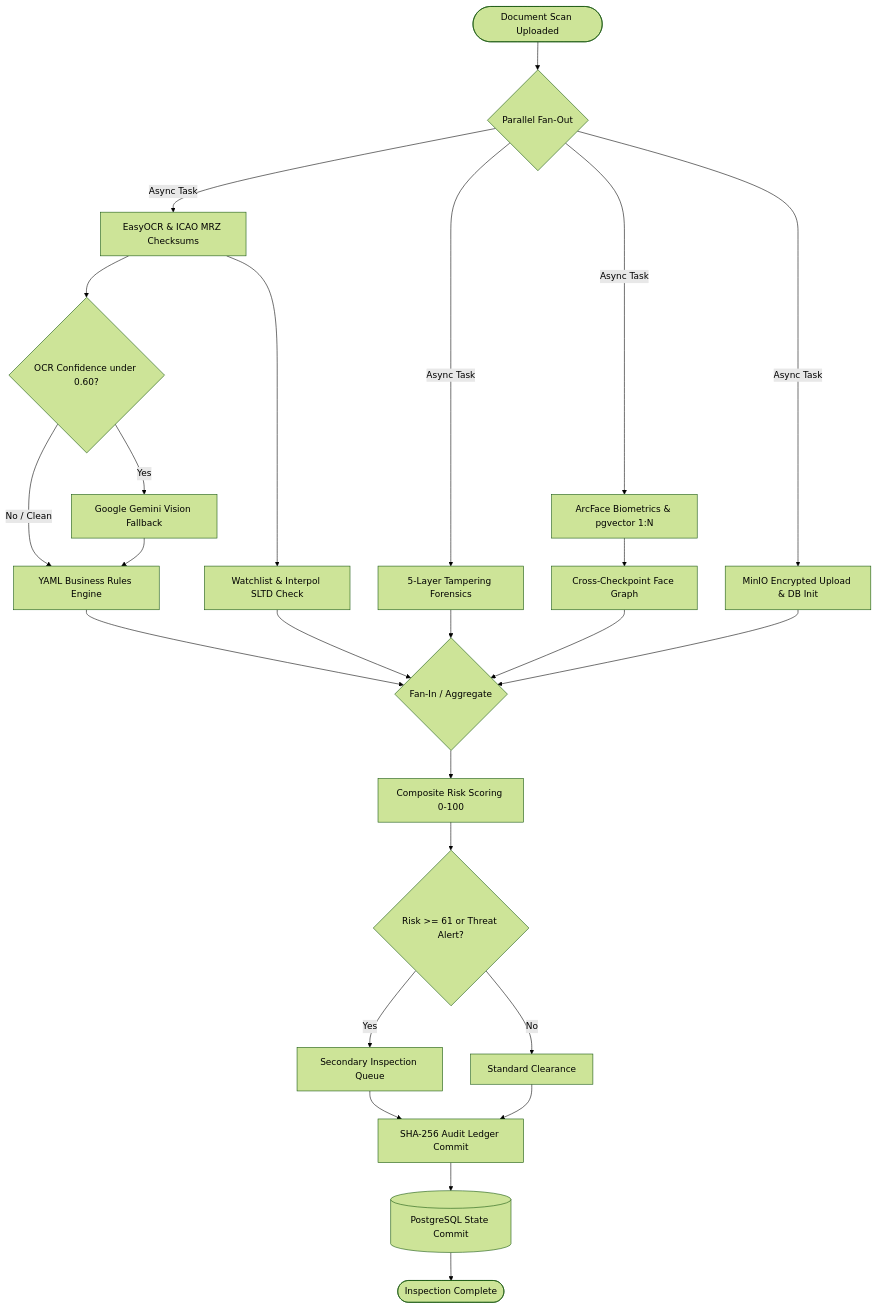
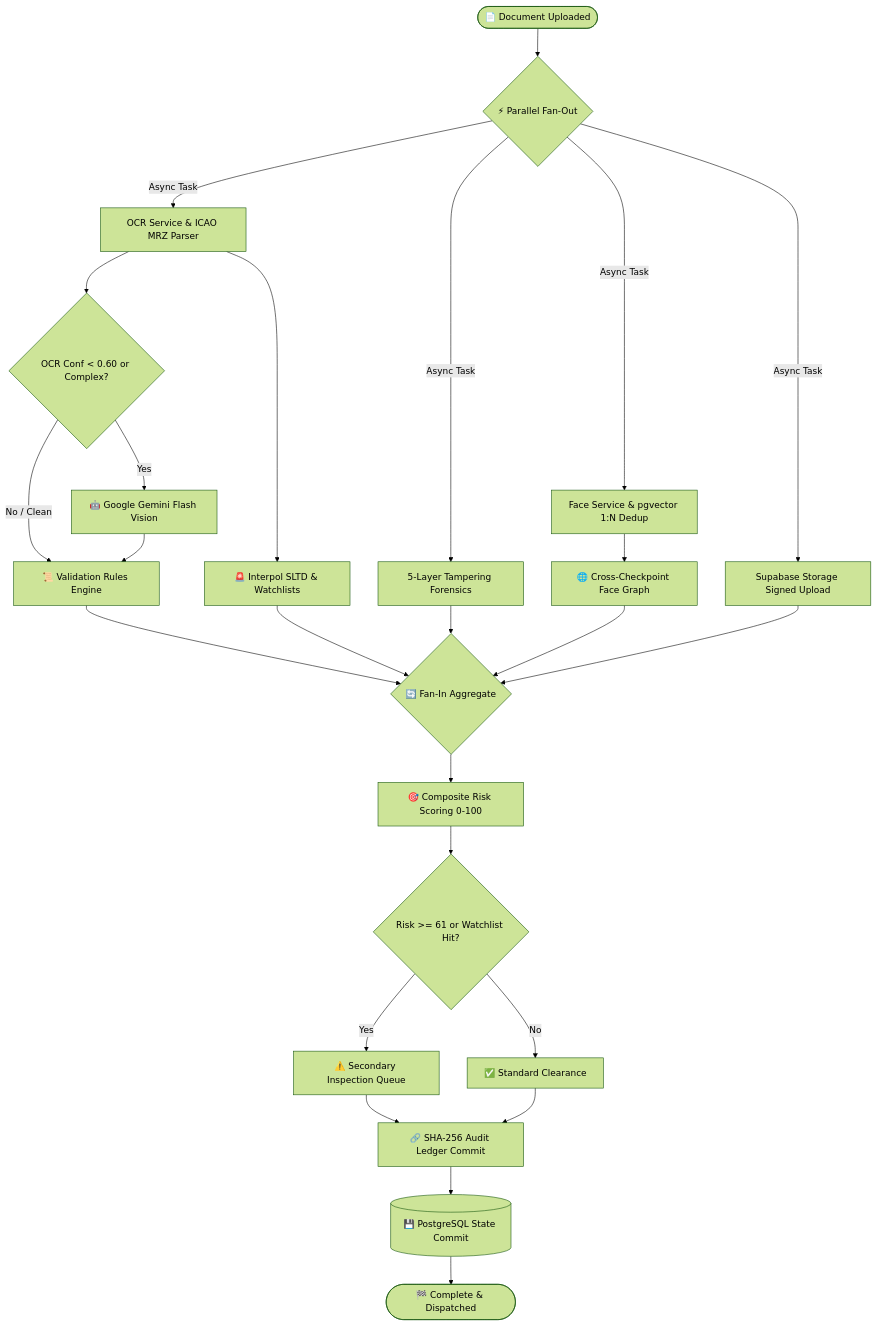
The diagram in readme.md (Rishu7011/TriPort), drawn with Mermaid (forest theme) before and after one commit. The commit also changed other lines of this file, not shown here.

````diff
--- a/readme.md
+++ b/readme.md
@@ -229,34 +174,34 @@
 ```mermaid
 graph TD
-    START([Document Scan Uploaded]) --> FANOUT{Parallel Fan-Out}
+    START([📄 Document Uploaded]) --> FANOUT{⚡ Parallel Fan-Out}
 
-    FANOUT -->|Async Task| MINIO[MinIO Encrypted Upload & DB Init]
-    FANOUT -->|Async Task| OCR[EasyOCR & ICAO MRZ Checksums]
+    FANOUT -->|Async Task| S3[Supabase Storage Signed Upload]
+    FANOUT -->|Async Task| OCR[OCR Service & ICAO MRZ Parser]
     FANOUT -->|Async Task| TAMP[5-Layer Tampering Forensics]
-    FANOUT -->|Async Task| FACE[ArcFace Biometrics & pgvector 1:N]
+    FANOUT -->|Async Task| FACE[Face Service & pgvector 1:N Dedup]
 
-    OCR --> COND_OCR{"OCR Confidence under 0.60?"}
-    COND_OCR -->|Yes| LLM[Google Gemini Vision Fallback]
-    COND_OCR -->|No / Clean| VAL[YAML Business Rules Engine]
+    OCR --> COND_OCR{"OCR Conf < 0.60 or Complex?"}
+    COND_OCR -->|Yes| LLM[🤖 Google Gemini Flash Vision]
+    COND_OCR -->|No / Clean| VAL[📜 Validation Rules Engine]
     LLM --> VAL
 
-    OCR --> BL[Watchlist & Interpol SLTD Check]
-    FACE --> CC[Cross-Checkpoint Face Graph]
+    OCR --> BL[🚨 Interpol SLTD & Watchlists]
+    FACE --> CC[🌐 Cross-Checkpoint Face Graph]
 
-    VAL --> FANIN{Fan-In / Aggregate}
+    VAL --> FANIN{🔄 Fan-In Aggregate}
     BL --> FANIN
     TAMP --> FANIN
     CC --> FANIN
-    MINIO --> FANIN
+    S3 --> FANIN
 
-    FANIN --> RISK[Composite Risk Scoring 0-100]
+    FANIN --> RISK[🎯 Composite Risk Scoring 0-100]
 
-    RISK --> COND_THREAT{"Risk >= 61 or Threat Alert?"}
-    COND_THREAT -->|Yes| SECONDARY[Secondary Inspection Queue]
-    COND_THREAT -->|No| CLEAR[Standard Clearance]
+    RISK --> COND_THREAT{"Risk >= 61 or Watchlist Hit?"}
+    COND_THREAT -->|Yes| SECONDARY[⚠️ Secondary Inspection Queue]
+    COND_THREAT -->|No| CLEAR[✅ Standard Clearance]
 
-    SECONDARY --> AUDIT[SHA-256 Audit Ledger Commit]
+    SECONDARY --> AUDIT[🔗 SHA-256 Audit Ledger Commit]
     CLEAR --> AUDIT
-    AUDIT --> DB_PERSIST[(PostgreSQL State Commit)]
-    DB_PERSIST --> END([Inspection Complete])
+    AUDIT --> DB_PERSIST[(💾 PostgreSQL State Commit)]
+    DB_PERSIST --> END([🏁 Complete & Dispatched])
 ```
````
